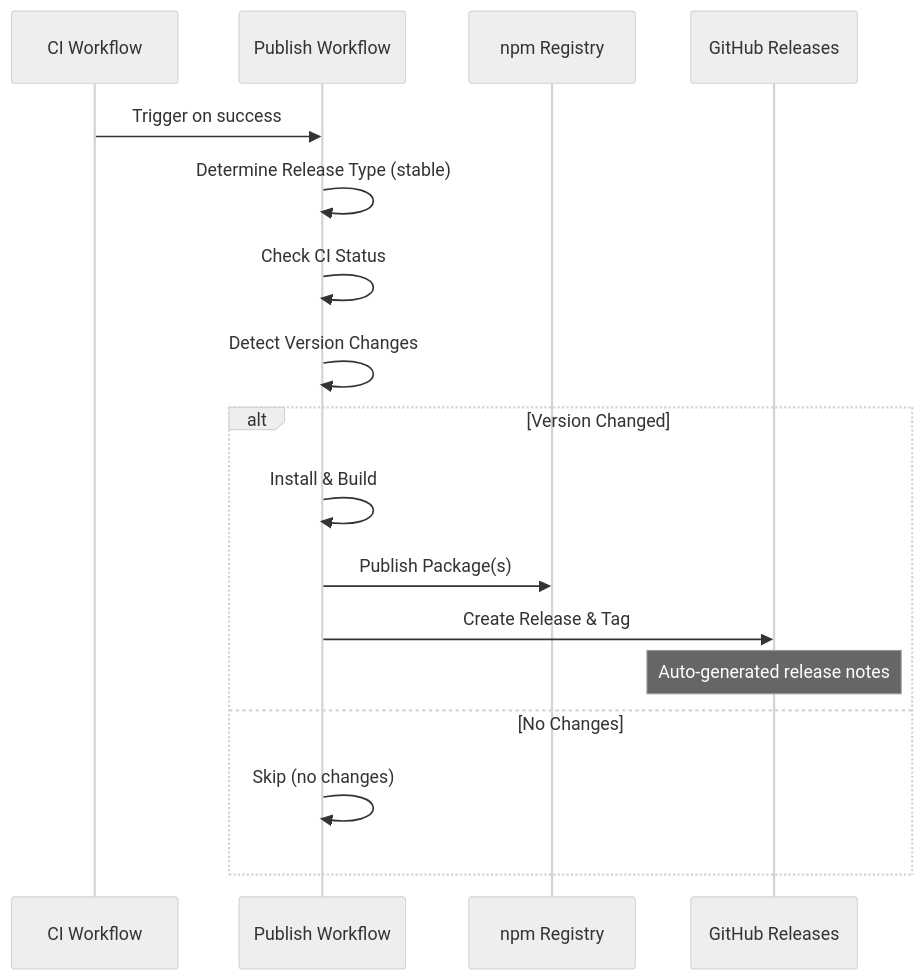
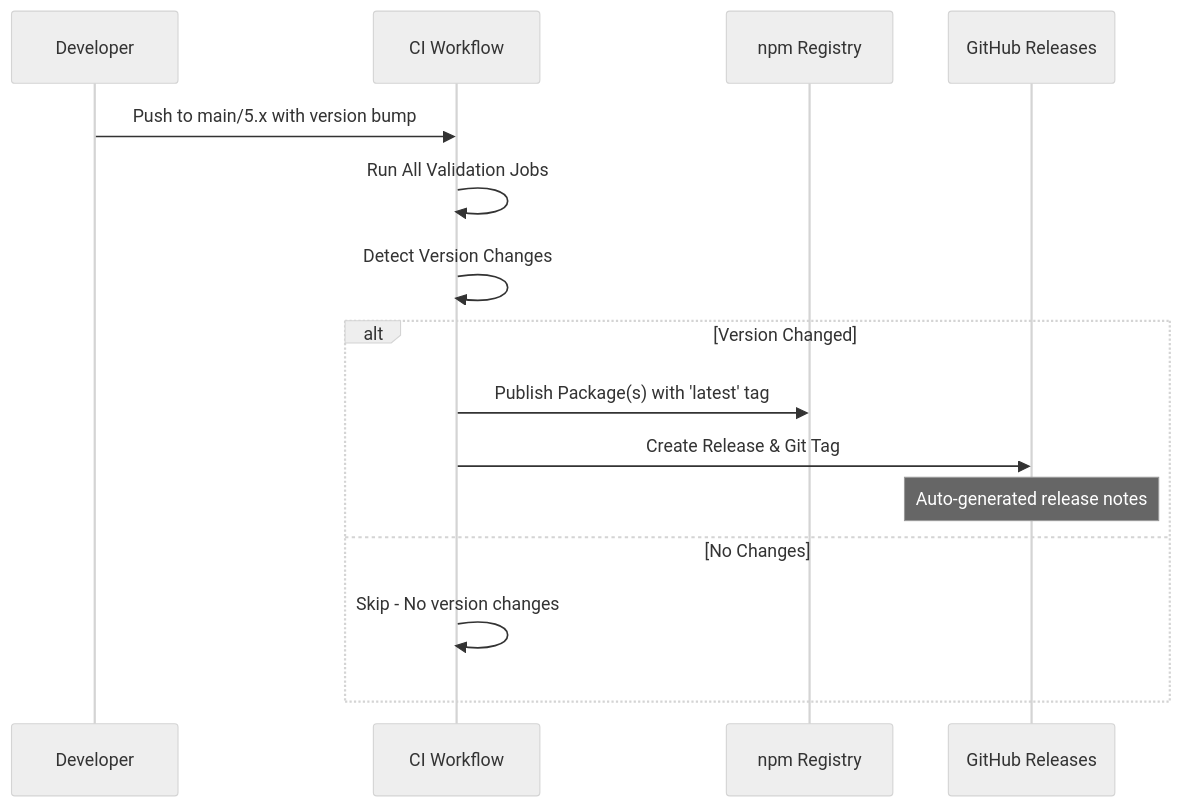
Before and after one commit to iress/design-system: the third of 4 diagrams in .github/WORKFLOWS.md, drawn with Mermaid (neutral theme). The commit also changed other lines of this file and 10 other files, not shown here.

````diff
--- a/.github/WORKFLOWS.md
+++ b/.github/WORKFLOWS.md
@@ -149,20 +184,18 @@
 ```mermaid
 sequenceDiagram
+    participant Dev as Developer
     participant CI as CI Workflow
-    participant P as Publish Workflow
     participant NPM as npm Registry
     participant GH as GitHub Releases
 
-    CI->>P: Trigger on success
-    P->>P: Determine Release Type (stable)
-    P->>P: Check CI Status
-    P->>P: Detect Version Changes
+    Dev->>CI: Push to main/5.x with version bump
+    CI->>CI: Run All Validation Jobs
+    CI->>CI: Detect Version Changes
     alt Version Changed
-        P->>P: Install & Build
-        P->>NPM: Publish Package(s)
-        P->>GH: Create Release & Tag
+        CI->>NPM: Publish Package(s) with 'latest' tag
+        CI->>GH: Create Release & Git Tag
         Note over GH: Auto-generated release notes
     else No Changes
-        P->>P: Skip (no changes)
+        CI->>CI: Skip - No version changes
     end
 ```
````
